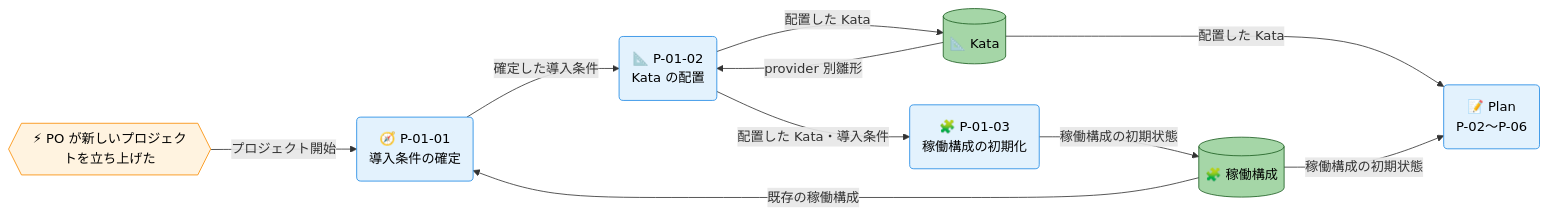
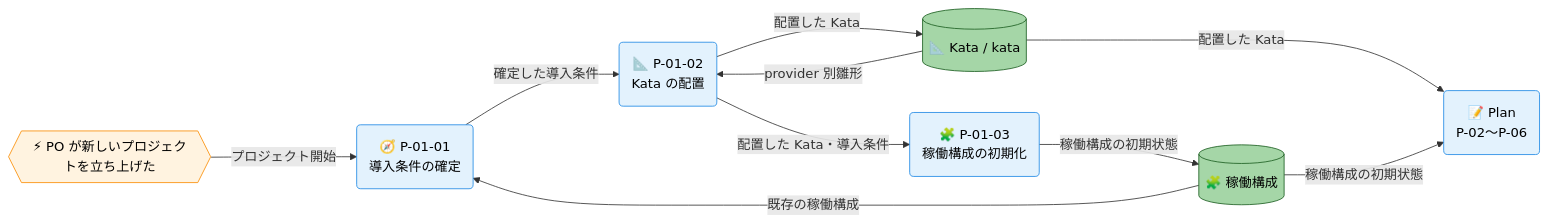
The diagram in docs/ja/product/010-business-specs/010-data-flow/cdfd-onboarding.md (specdojo/specdojo), drawn with Mermaid before and after one commit. The commit also changed other lines of this file and 14 other files, not shown here.

````diff
--- a/docs/ja/product/010-business-specs/010-data-flow/cdfd-onboarding.md
+++ b/docs/ja/product/010-business-specs/010-data-flow/cdfd-onboarding.md
@@ -60,28 +60,28 @@
 ```mermaid
 flowchart LR
   classDef process fill:#e3f2fd,stroke:#1e88e5,color:#000
   classDef event fill:#fff3e0,stroke:#fb8c00,color:#000
   classDef storeMaster fill:#a5d6a7,stroke:#1b5e20,color:#000
 
   開始{{"⚡ PO が新しいプロジェクトを立ち上げた"}}
   導入条件("🧭 P-01-01<br>導入条件の確定")
   Kata配置("📐 P-01-02<br>Kata の配置")
   構成初期化("🧩 P-01-03<br>稼働構成の初期化")
-  Kata[("📐 Kata")]
+  Kata[("📐 Kata / kata")]
   稼働構成[("🧩 稼働構成")]
   Plan("📝 Plan<br>P-02〜P-06")
 
   開始 -->|"プロジェクト開始"| 導入条件
   稼働構成 -->|"既存の稼働構成"| 導入条件
   導入条件 -->|"確定した導入条件"| Kata配置
   Kata -->|"provider 別雛形"| Kata配置
   Kata配置 -->|"配置した Kata"| Kata
   Kata配置 -->|"配置した Kata・導入条件"| 構成初期化
   構成初期化 -->|"稼働構成の初期状態"| 稼働構成
   Kata -->|"配置した Kata"| Plan
   稼働構成 -->|"稼働構成の初期状態"| Plan
 
   class 導入条件,Kata配置,構成初期化,Plan process
   class 開始 event
   class Kata,稼働構成 storeMaster
 ```
````
